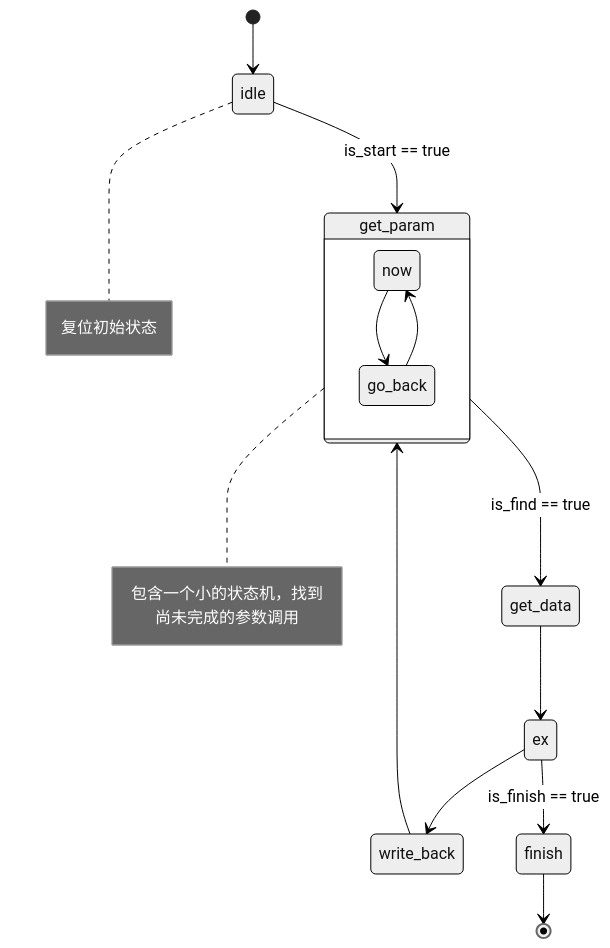
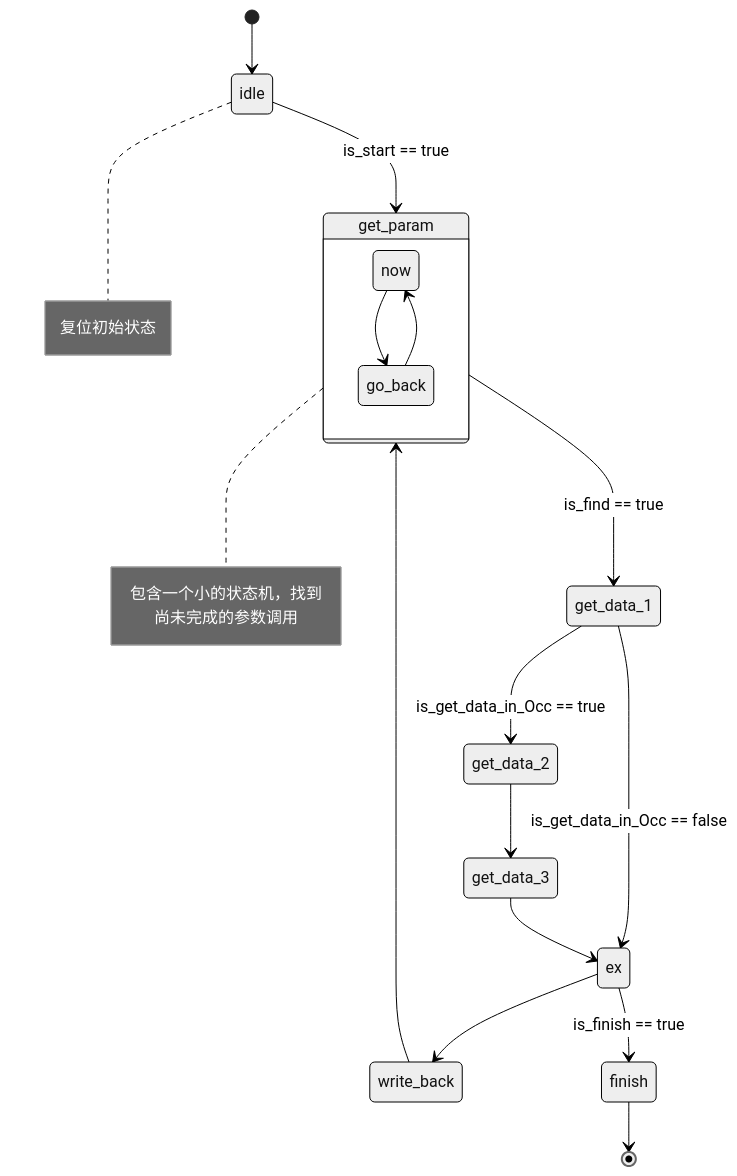
One commit to ZZJ34/my_accelerator changed the diagram in README.md. Above: the diagram before and after it, drawn with Mermaid (neutral theme). The commit also changed other lines of this file and 1 other file, not shown here.

````diff
--- a/README.md
+++ b/README.md
@@ -55,24 +57,27 @@
   ```mermaid
     stateDiagram
         [*] --> idle 
         idle --> get_param : is_start == true
-        get_param --> get_data : is_find == true
-        get_data --> ex
+        get_param --> get_data_1 : is_find == true
+        get_data_1 --> ex : is_get_data_in_Occ == false
+        get_data_1 --> get_data_2 : is_get_data_in_Occ == true
+        get_data_2 --> get_data_3
+        get_data_3 --> ex
         ex --> write_back
         write_back --> get_param
         ex --> finish : is_finish == true
         finish --> [*]
 
         state get_param {
           now --> go_back
           go_back --> now
         }
 
         note right of idle
             复位初始状态
         end note
 
         note right of get_param
             包含一个小的状态机，找到尚未完成的参数调用
         end note
   ```
````
